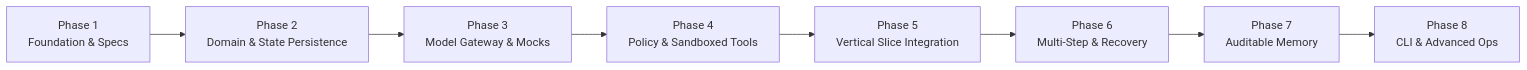
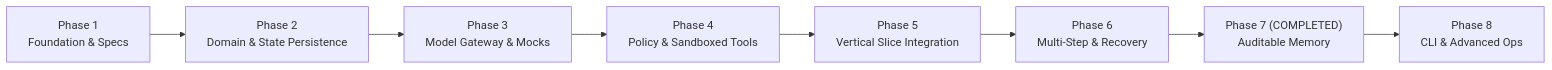
Before and after one commit to saiyedsimnan123/dots-platform: the diagram in docs/ROADMAP.md, drawn with Mermaid. The commit also changed other lines of this file and 1 other file, not shown here.

Commit message:
docs: record Phase 7 and Phase 7.5 completion and acceptance criteria

````diff
--- a/docs/ROADMAP.md
+++ b/docs/ROADMAP.md
@@ -14,10 +14,10 @@
 ```mermaid
 flowchart LR
     P1["Phase 1<br/>Foundation & Specs"] --> P2["Phase 2<br/>Domain & State Persistence"]
     P2 --> P3["Phase 3<br/>Model Gateway & Mocks"]
     P3 --> P4["Phase 4<br/>Policy & Sandboxed Tools"]
     P4 --> P5["Phase 5<br/>Vertical Slice Integration"]
     P5 --> P6["Phase 6<br/>Multi-Step & Recovery"]
-    P6 --> P7["Phase 7<br/>Auditable Memory"]
+    P6 --> P7["Phase 7 (COMPLETED)<br/>Auditable Memory"]
     P7 --> P8["Phase 8<br/>CLI & Advanced Ops"]
 ```
````
